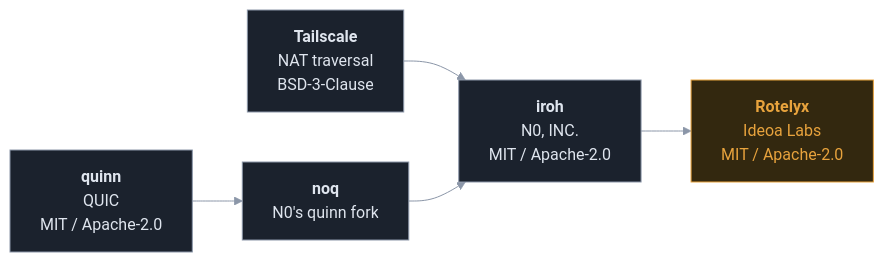
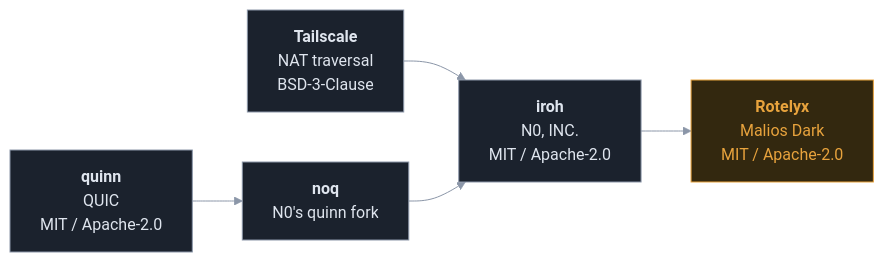
One commit to MaliosDark/rotelyx changed the seventh of 7 diagrams in README.md. Above: the diagram before and after it, drawn with Mermaid. The commit also changed other lines of this file and 8 other files, not shown here.

````diff
--- a/README.md
+++ b/README.md
@@ -774,16 +780,16 @@
 ```mermaid
 %%{init: {'theme':'base','themeVariables':{
   'primaryColor':'#1B222D','primaryTextColor':'#DFE5EE','primaryBorderColor':'#8B96A8',
   'lineColor':'#8B96A8','fontFamily':'ui-monospace, SFMono-Regular, Menlo, monospace'}}}%%
 flowchart LR
     T["<b>Tailscale</b><br/>NAT traversal<br/>BSD-3-Clause"] --> I
     Q["<b>quinn</b><br/>QUIC<br/>MIT / Apache-2.0"] --> N["<b>noq</b><br/>N0's quinn fork"]
     N --> I["<b>iroh</b><br/>N0, INC.<br/>MIT / Apache-2.0"]
-    I --> R["<b>Rotelyx</b><br/>Ideoa Labs<br/>MIT / Apache-2.0"]
+    I --> R["<b>Rotelyx</b><br/>Malios Dark<br/>MIT / Apache-2.0"]
 
     style R fill:#33280F,stroke:#E8A33D,color:#E8A33D
     style I fill:#1B222D,stroke:#8B96A8,color:#DFE5EE
     style T fill:#1B222D,stroke:#8B96A8,color:#DFE5EE
     style Q fill:#1B222D,stroke:#8B96A8,color:#DFE5EE
     style N fill:#1B222D,stroke:#8B96A8,color:#DFE5EE
 ```
````
